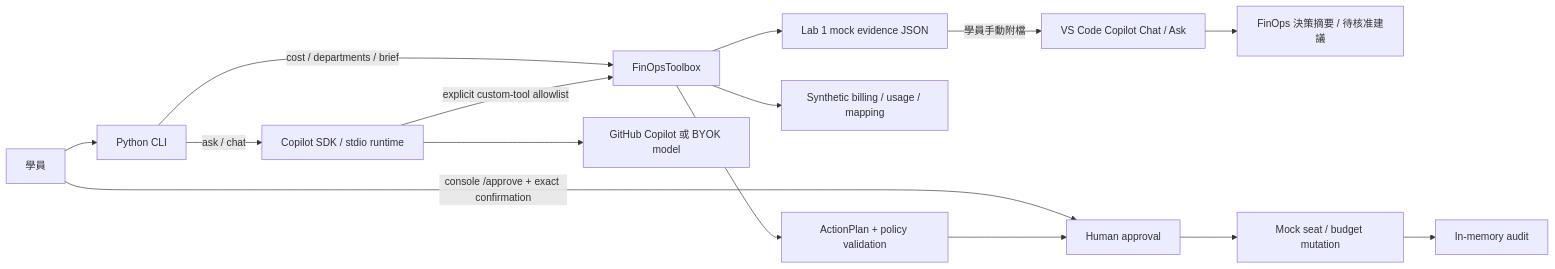
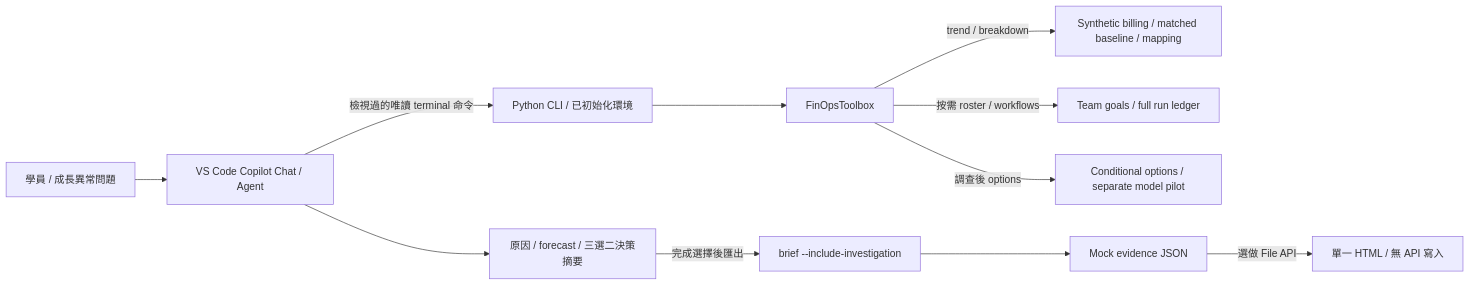
The first of 3 diagrams in docs/architecture.md (Kenblair1226/devdays26-agent-workshop), drawn with Mermaid before and after one commit. The commit also changed other lines of this file and 49 other files, not shown here.

First line of the commit message:
Add guided FinOps investigation and workshop skills

````diff
--- a/docs/architecture.md
+++ b/docs/architecture.md
@@ -7,17 +7,13 @@
 ```mermaid
 flowchart LR
-    User["學員"] --> CLI["Python CLI"]
-    CLI -->|"cost / departments / brief"| Tools["FinOpsToolbox"]
-    Tools --> Evidence["Lab 1 mock evidence JSON"]
-    Evidence -->|"學員手動附檔"| Chat["VS Code Copilot Chat / Ask"]
-    Chat --> Decision["FinOps 決策摘要 / 待核准建議"]
-    CLI -->|"ask / chat"| SDK["Copilot SDK / stdio runtime"]
-    SDK --> Model["GitHub Copilot 或 BYOK model"]
-    SDK -->|"explicit custom-tool allowlist"| Tools
-    Tools --> Data["Synthetic billing / usage / mapping"]
-    Tools --> Plan["ActionPlan + policy validation"]
-    User -->|"console /approve + exact confirmation"| Approval["Human approval"]
-    Plan --> Approval
-    Approval --> Mock["Mock seat / budget mutation"]
-    Mock --> Audit["In-memory audit"]
+    User["學員 / 成長異常問題"] --> Chat["VS Code Copilot Chat / Agent"]
+    Chat -->|"檢視過的唯讀 terminal 命令"| CLI["Python CLI / 已初始化環境"]
+    CLI --> Tools["FinOpsToolbox"]
+    Tools -->|"trend / breakdown"| Data["Synthetic billing / matched baseline / mapping"]
+    Tools -->|"按需 roster / workflows"| Context["Team goals / full run ledger"]
+    Tools -->|"調查後 options"| Pilot["Conditional options / separate model pilot"]
+    Chat --> Decision["原因 / forecast / 三選二決策摘要"]
+    Decision -->|"完成選擇後匯出"| Export["brief --include-investigation"]
+    Export --> Evidence["Mock evidence JSON"]
+    Evidence -->|"選做 File API"| HTML["單一 HTML / 無 API 寫入"]
 ```
````
